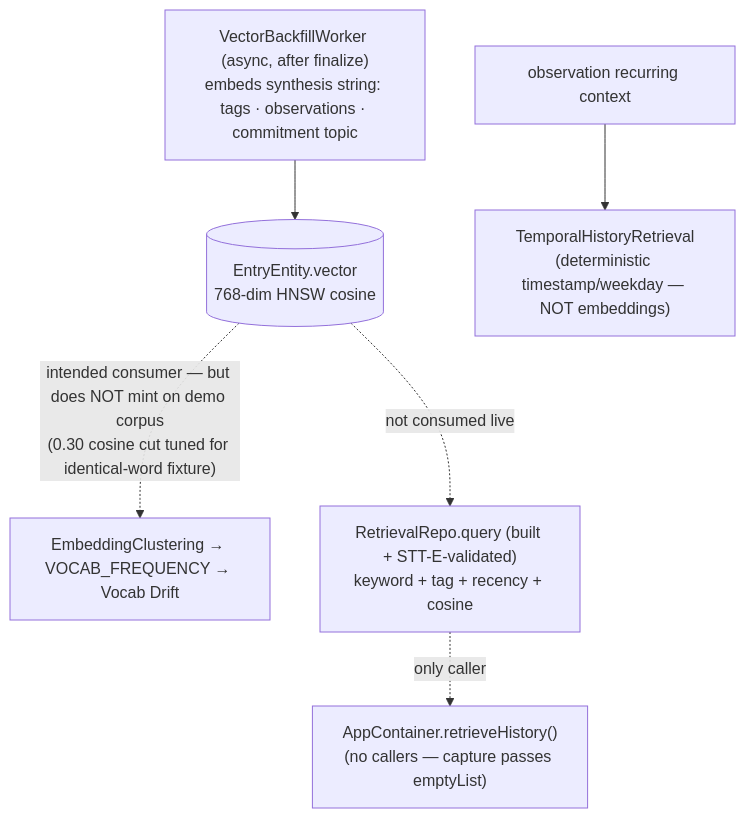
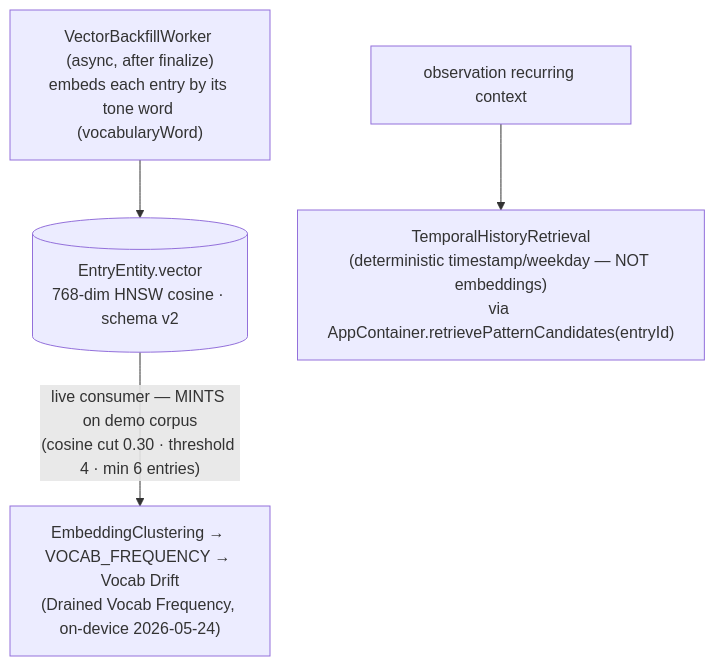
Before and after one commit to anchildress1/vestige: the fifth of 6 diagrams in docs/diagrams/llm-functionality.md, drawn with Mermaid. The commit also changed other lines of this file and 18 other files, not shown here.

````diff
--- a/docs/diagrams/llm-functionality.md
+++ b/docs/diagrams/llm-functionality.md
@@ -167,11 +166,9 @@
 ```mermaid
 flowchart TD
-    accTitle: Embeddings computed but no live surface
-    accDescr: VectorBackfillWorker embeds a synthesis string of tags, observations, and commitment topic into each entry's 768-dimension vector after the entry finalizes. The vectors are computed but neither embedding surface is live. EmbeddingClustering is the intended consumer for the VOCAB_FREQUENCY pattern and Vocab Drift screen, but it does not mint on the demo corpus because the cosine cut was calibrated on an identical-word fixture. RetrievalRepo implements a ranked hybrid score and is STT-E validated, but it is not wired into any live surface — its only caller retrieveHistory is never called, capture passes empty history, and the observation recurring context uses deterministic timestamp-based TemporalHistoryRetrieval instead.
+    accTitle: Embeddings power the live Vocab Drift surface
+    accDescr: VectorBackfillWorker embeds each entry by its model-emitted tone word into a 768-dimension vector after the entry finalizes. EmbeddingClustering is the live consumer for the VOCAB_FREQUENCY pattern and the Vocab Drift screen, and it mints on the demo corpus as the Drained Vocab Frequency pattern verified on-device, using a 0.30 cosine cut, a vocab threshold of 4, and a minimum of 6 supporting entries. Separately, the observation recurring context uses deterministic timestamp and weekday based TemporalHistoryRetrieval via AppContainer.retrievePatternCandidates, the only deterministic history helper that exists.
 
-    BF["VectorBackfillWorker (async, after finalize)<br/>embeds synthesis string: tags · observations · commitment topic"] --> VEC[("EntryEntity.vector<br/>768-dim HNSW cosine")]
-    VEC -. "intended consumer — but does NOT mint on demo corpus<br/>(0.30 cosine cut tuned for identical-word fixture)" .-> CL["EmbeddingClustering → VOCAB_FREQUENCY → Vocab Drift"]
-    VEC -. "not consumed live" .-> RR["RetrievalRepo.query (built + STT-E-validated)<br/>keyword + tag + recency + cosine"]
-    RR -. "only caller" .-> RH["AppContainer.retrieveHistory()<br/>(no callers — capture passes emptyList)"]
-    OBS["observation recurring context"] --> TH["TemporalHistoryRetrieval<br/>(deterministic timestamp/weekday — NOT embeddings)"]
+    BF["VectorBackfillWorker (async, after finalize)<br/>embeds each entry by its tone word (vocabularyWord)"] --> VEC[("EntryEntity.vector<br/>768-dim HNSW cosine · schema v2")]
+    VEC -- "live consumer — MINTS on demo corpus<br/>(cosine cut 0.30 · threshold 4 · min 6 entries)" --> CL["EmbeddingClustering → VOCAB_FREQUENCY → Vocab Drift<br/>(Drained Vocab Frequency, on-device 2026-05-24)"]
+    OBS["observation recurring context"] --> TH["TemporalHistoryRetrieval<br/>(deterministic timestamp/weekday — NOT embeddings)<br/>via AppContainer.retrievePatternCandidates(entryId)"]
 ```
````
